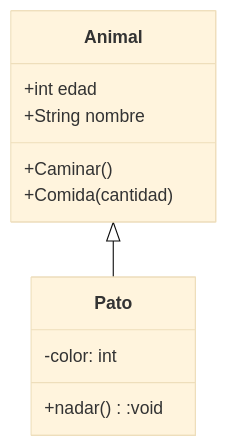
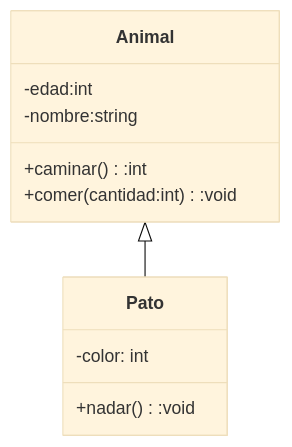
One commit to ealejor/PERSISTENCIA-JAVA changed the diagram in README.md. Above: the diagram before and after it, drawn with Mermaid (base theme).

````diff
--- a/README.md
+++ b/README.md
@@ -4,16 +4,17 @@
 ```mermaid
 classDiagram
-    class Animal
-    Animal : +int edad
-    Animal : +String nombre
-    Animal : +Caminar()
-    Animal : +Comida(cantidad)
+    class Animal{
+        -edad:int
+        -nombre:string
+        +caminar():int
+        +comer(cantidad:int):void
+    }
     
     class Pato{
         -color: int
         +nadar():void
     }
     
     Animal <|-- Pato
     
 ```
````
